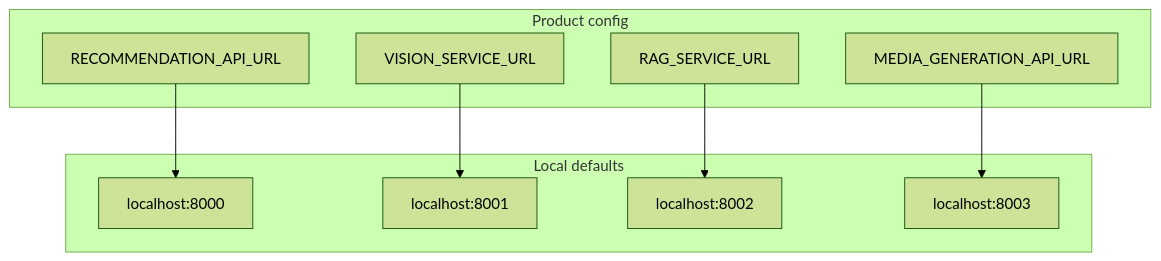
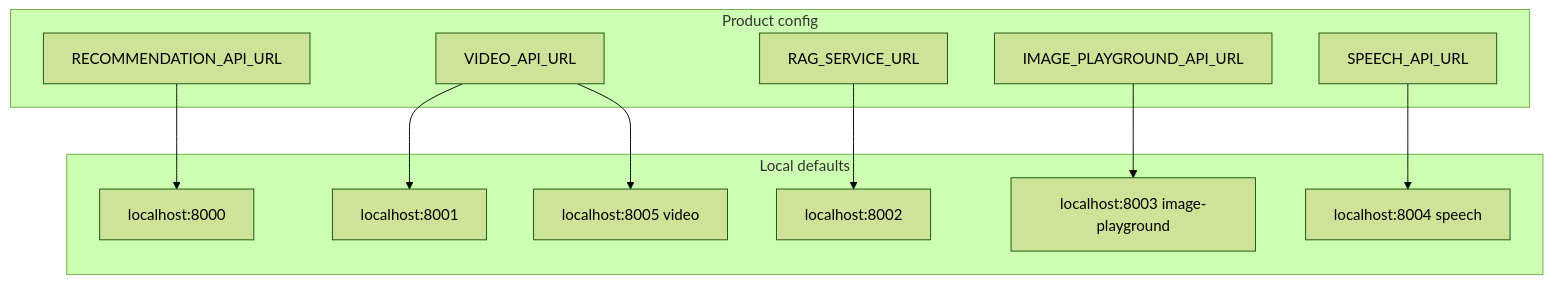
One commit to felixzhu97/explore-ml changed the tenth of 22 diagrams in docs/Guideline.md. Above: the diagram before and after it, drawn with Mermaid (forest theme). The commit also changed other lines of this file and 53 other files, not shown here.

First line of the commit message:
Split media-gen into Image Playground Speech Video (#14)

````diff
--- a/docs/Guideline.md
+++ b/docs/Guideline.md
@@ -215,19 +215,25 @@
 ```mermaid
 flowchart TB
   subgraph config [Product config]
     R[RECOMMENDATION_API_URL]
     V[VISION_SERVICE_URL]
     G[RAG_SERVICE_URL]
-    M[MEDIA_GENERATION_API_URL]
+    I[IMAGE_PLAYGROUND_API_URL]
+    S[SPEECH_API_URL]
+    V[VIDEO_API_URL]
   end
   subgraph ports [Local defaults]
     P0[localhost:8000]
     P1[localhost:8001]
     P2[localhost:8002]
-    P3[localhost:8003]
+    P3[localhost:8003 image-playground]
+    P4[localhost:8004 speech]
+    P5[localhost:8005 video]
   end
   R --> P0
   V --> P1
   G --> P2
-  M --> P3
+  I --> P3
+    S --> P4
+    V --> P5
 ```
````
